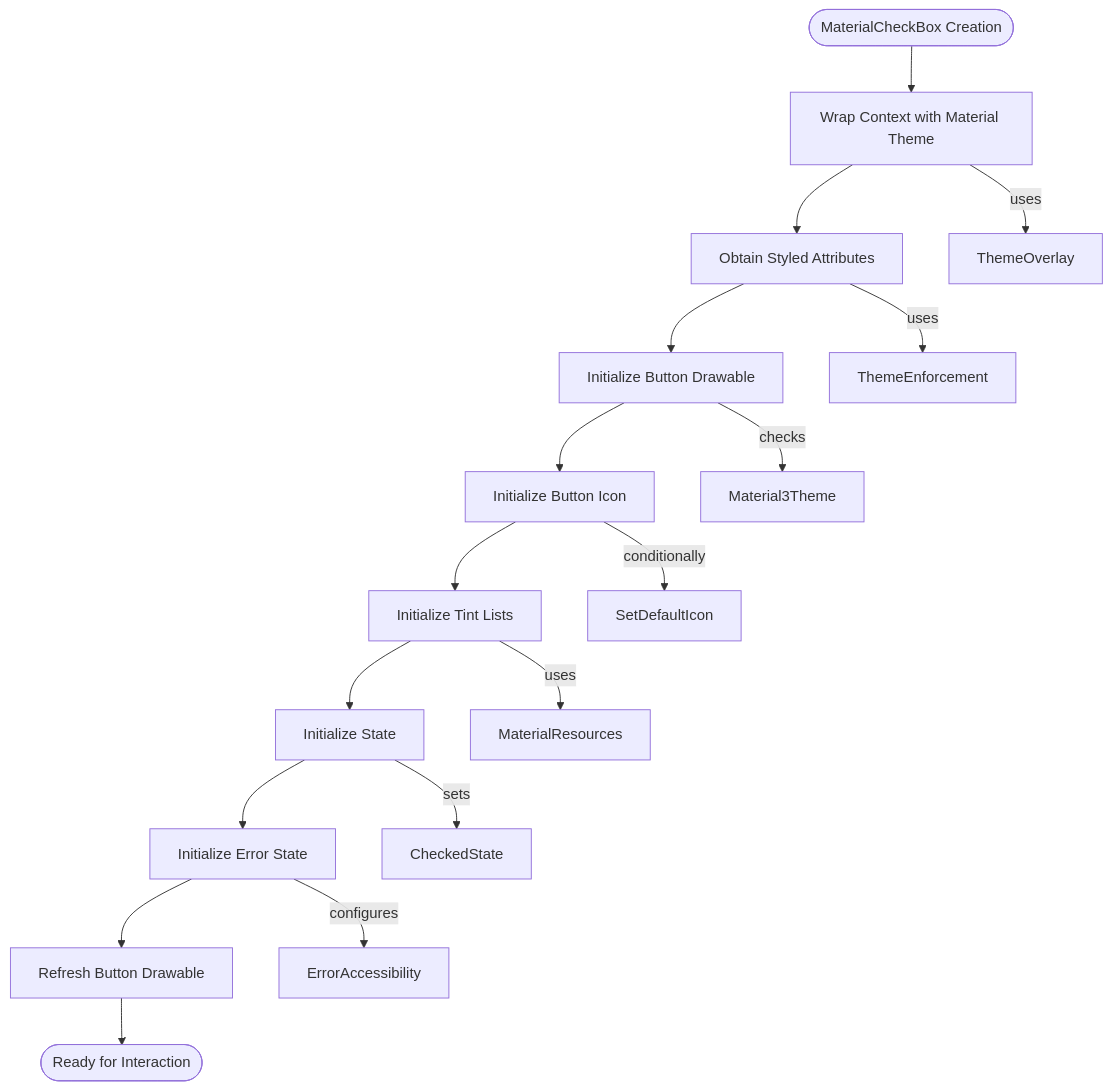
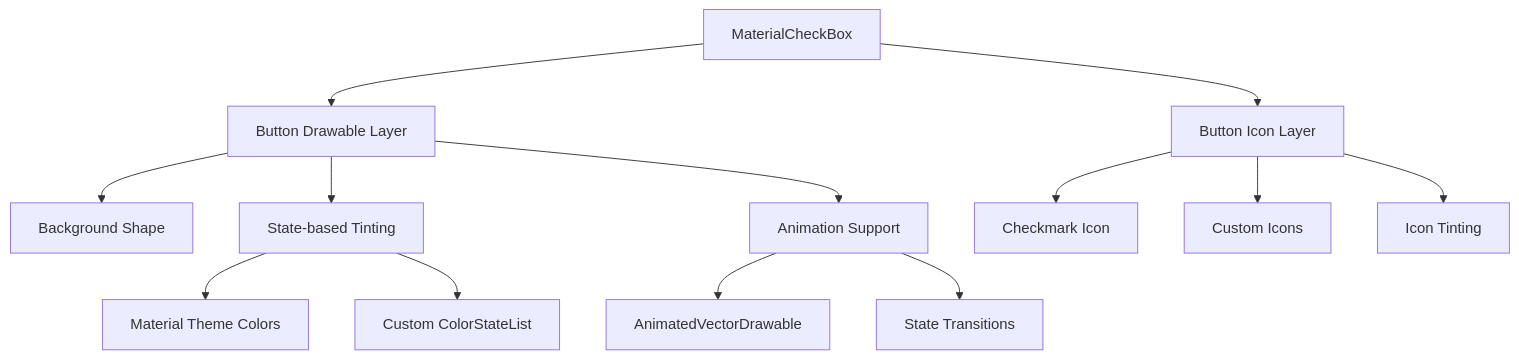
One commit to FSoft-AI4Code/codewiki-demo changed the third of 5 diagrams in docs/material-components--material-components-android-docs/checkbox.md. Above: the diagram before and after it, drawn with Mermaid. The commit also changed other lines of this file and 1103 other files, not shown here.

````diff
--- a/docs/material-components--material-components-android-docs/checkbox.md
+++ b/docs/material-components--material-components-android-docs/checkbox.md
@@ -198,21 +87,19 @@
 ```mermaid
-flowchart TD
-    Start([MaterialCheckBox Creation])
-    --> ContextWrap[Wrap Context with Material Theme]
-    --> AttrObtain[Obtain Styled Attributes]
-    --> DrawableInit[Initialize Button Drawable]
-    --> IconInit[Initialize Button Icon]
-    --> TintInit[Initialize Tint Lists]
-    --> StateInit[Initialize State]
-    --> ErrorInit[Initialize Error State]
-    --> Refresh[Refresh Button Drawable]
-    --> End([Ready for Interaction])
+graph TD
+    A[MaterialCheckBox] --> B[Button Drawable Layer]
+    A --> C[Button Icon Layer]
     
-    ContextWrap -->|uses| ThemeOverlay
-    AttrObtain -->|uses| ThemeEnforcement
-    DrawableInit -->|checks| Material3Theme
-    IconInit -->|conditionally| SetDefaultIcon
-    TintInit -->|uses| MaterialResources
-    StateInit -->|sets| CheckedState
-    ErrorInit -->|configures| ErrorAccessibility
+    B --> B1[Background Shape]
+    B --> B2[State-based Tinting]
+    B --> B3[Animation Support]
+    
+    C --> C1[Checkmark Icon]
+    C --> C2[Custom Icons]
+    C --> C3[Icon Tinting]
+    
+    B2 --> D[Material Theme Colors]
+    B2 --> E[Custom ColorStateList]
+    
+    B3 --> F[AnimatedVectorDrawable]
+    B3 --> G[State Transitions]
 ```
````
